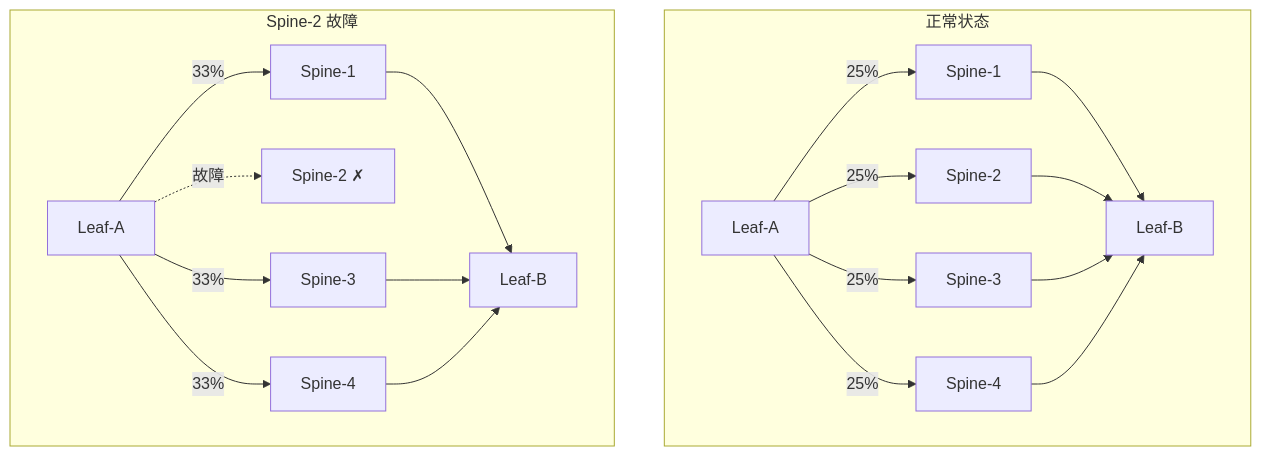
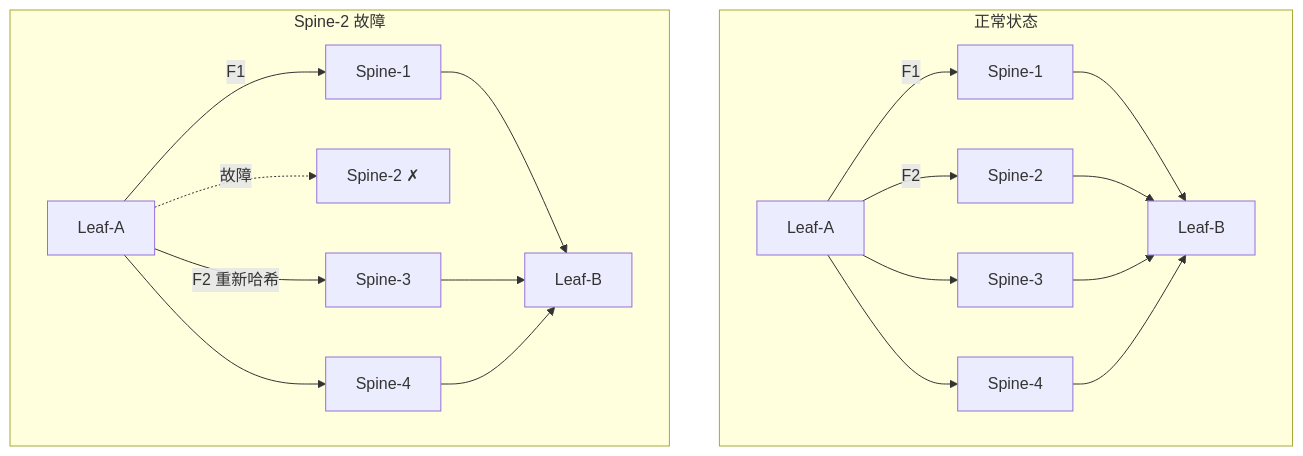
One commit to caozhiyi/network-book changed the first of 5 diagrams in docs/30.故障时如何自救多路径与网络层容灾.md. Above: the diagram before and after it, drawn with Mermaid. The commit also changed other lines of this file and 14 other files, not shown here.

````diff
--- a/docs/30.故障时如何自救多路径与网络层容灾.md
+++ b/docs/30.故障时如何自救多路径与网络层容灾.md
@@ -35,23 +25,23 @@
 ```mermaid
 graph TB
-    subgraph 正常状态
-        L1_1[Leaf-A] -->|25%| S1_1[Spine-1]
-        L1_1 -->|25%| S2_1[Spine-2]
-        L1_1 -->|25%| S3_1[Spine-3]
-        L1_1 -->|25%| S4_1[Spine-4]
-        S1_1 --> L2_1[Leaf-B]
+    subgraph N1["正常状态"]
+        L1_1["Leaf-A"] -->|"F1"| S1_1["Spine-1"]
+        L1_1 -->|"F2"| S2_1["Spine-2"]
+        L1_1 --> S3_1["Spine-3"]
+        L1_1 --> S4_1["Spine-4"]
+        S1_1 --> L2_1["Leaf-B"]
         S2_1 --> L2_1
         S3_1 --> L2_1
         S4_1 --> L2_1
     end
 
-    subgraph Spine-2 故障
-        L1_2[Leaf-A] -->|33%| S1_2[Spine-1]
-        L1_2 -.->|故障| S2_2[Spine-2 ✗]
-        L1_2 -->|33%| S3_2[Spine-3]
-        L1_2 -->|33%| S4_2[Spine-4]
-        S1_2 --> L2_2[Leaf-B]
+    subgraph N2["Spine-2 故障"]
+        L1_2["Leaf-A"] -->|"F1"| S1_2["Spine-1"]
+        L1_2 -.->|"故障"| S2_2["Spine-2 ✗"]
+        L1_2 -->|"F2 重新哈希"| S3_2["Spine-3"]
+        L1_2 --> S4_2["Spine-4"]
+        S1_2 --> L2_2["Leaf-B"]
         S3_2 --> L2_2
         S4_2 --> L2_2
     end
 ```
````
